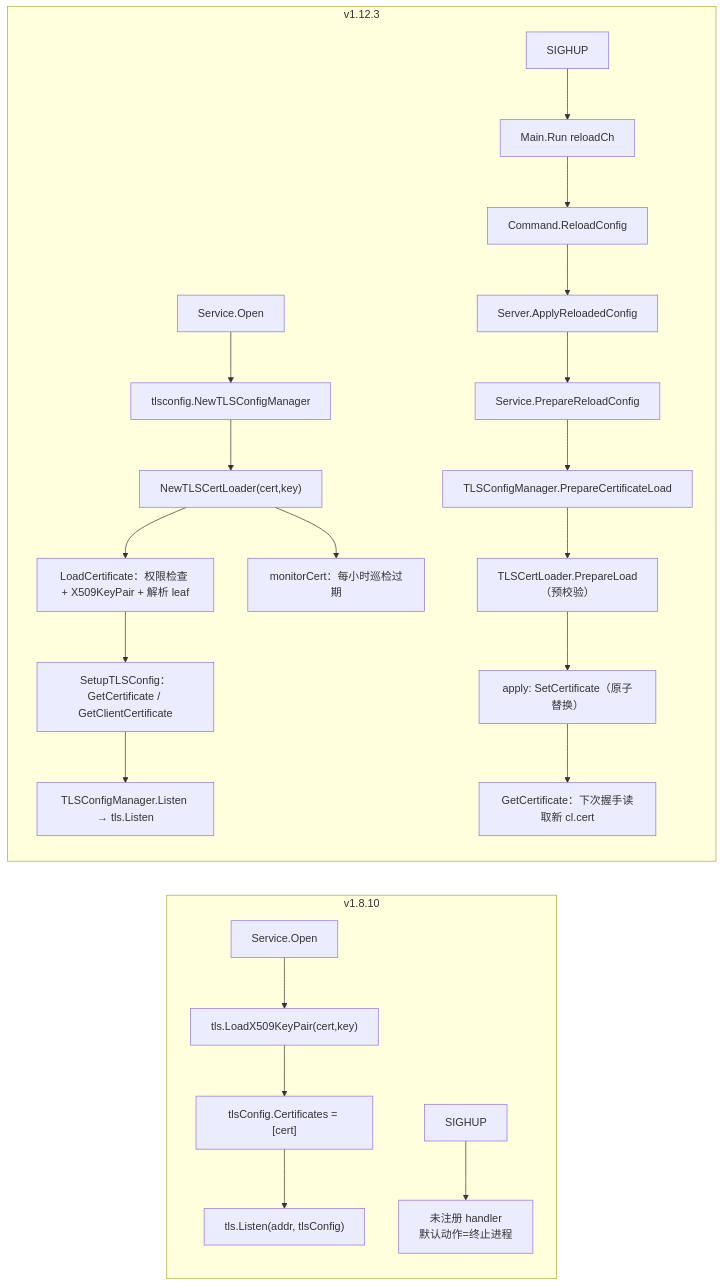
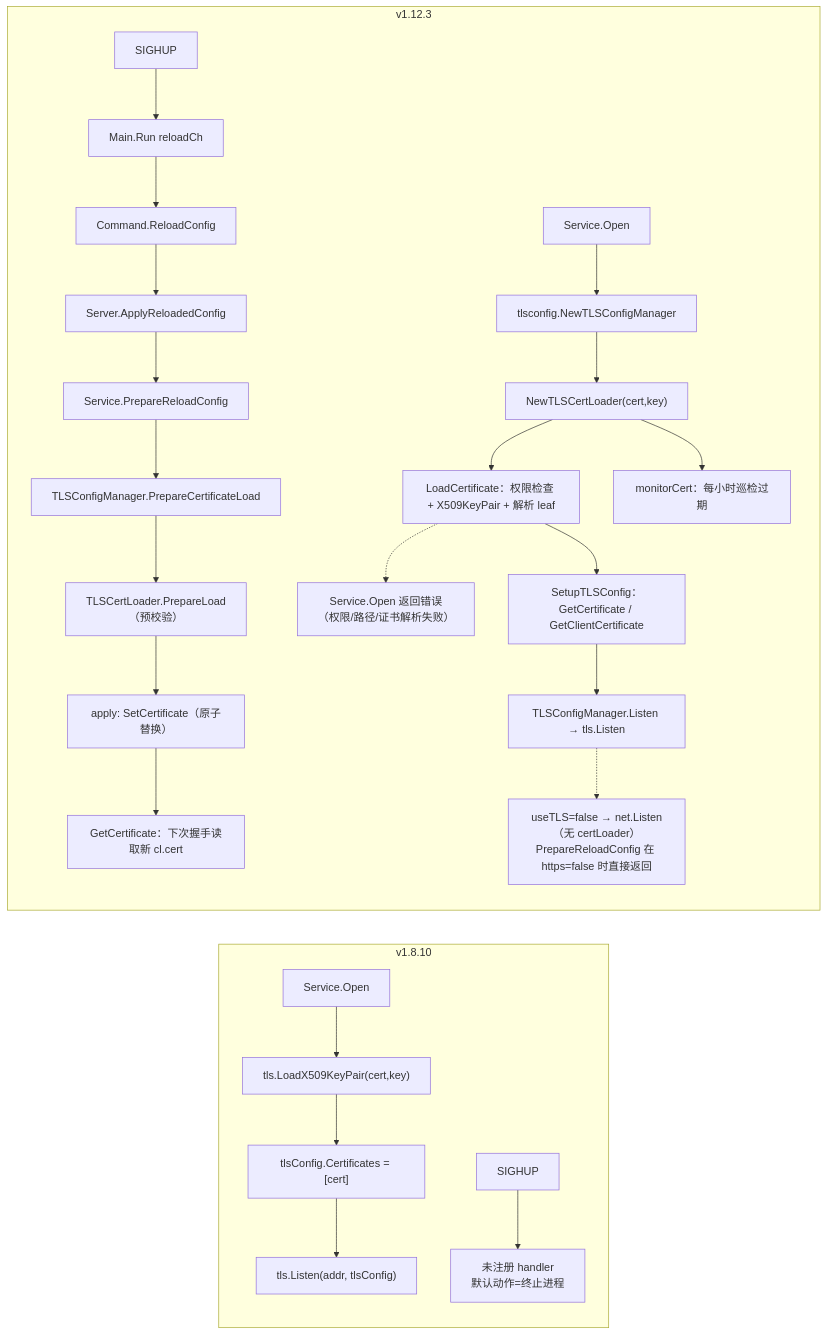
One commit to stefanv5/influxdb changed the second of 3 diagrams in docs/specs/v1.8.10-vs-v1.12.3/06_http_flux_diff.md. Above: the diagram before and after it, drawn with Mermaid. The commit also changed other lines of this file and 11 other files, not shown here.

First line of the commit message:
docs: complete D1-D6 diagram/module/case audit

````diff
--- a/docs/specs/v1.8.10-vs-v1.12.3/06_http_flux_diff.md
+++ b/docs/specs/v1.8.10-vs-v1.12.3/06_http_flux_diff.md
@@ -112,26 +124,28 @@
 ```mermaid
 flowchart LR
     subgraph OLD["v1.8.10"]
         O1["Service.Open"] --> O2["tls.LoadX509KeyPair(cert,key)"]
         O2 --> O3["tlsConfig.Certificates = [cert]"]
         O3 --> O4["tls.Listen(addr, tlsConfig)"]
         O5["SIGHUP"] --> O6["未注册 handler<br/>默认动作=终止进程"]
     end
 
     subgraph NEW["v1.12.3"]
         N1["Service.Open"] --> N2["tlsconfig.NewTLSConfigManager"]
         N2 --> N3["NewTLSCertLoader(cert,key)"]
         N3 --> N4["LoadCertificate：权限检查 + X509KeyPair + 解析 leaf"]
         N4 --> N5["SetupTLSConfig：GetCertificate / GetClientCertificate"]
+        N4 -.-> N4E["Service.Open 返回错误<br/>（权限/路径/证书解析失败）"]
         N5 --> N6["TLSConfigManager.Listen → tls.Listen"]
         N7["SIGHUP"] --> N8["Main.Run reloadCh"]
         N8 --> N9["Command.ReloadConfig"]
         N9 --> N10["Server.ApplyReloadedConfig"]
         N10 --> N11["Service.PrepareReloadConfig"]
         N11 --> N12["TLSConfigManager.PrepareCertificateLoad"]
         N12 --> N13["TLSCertLoader.PrepareLoad（预校验）"]
         N13 --> N14["apply: SetCertificate（原子替换）"]
         N14 --> N16["GetCertificate：下次握手读取新 cl.cert"]
         N3 --> N15["monitorCert：每小时巡检过期"]
+        N6 -.-> N6E["useTLS=false → net.Listen（无 certLoader）<br/>PrepareReloadConfig 在 https=false 时直接返回"]
     end
 ```
````
